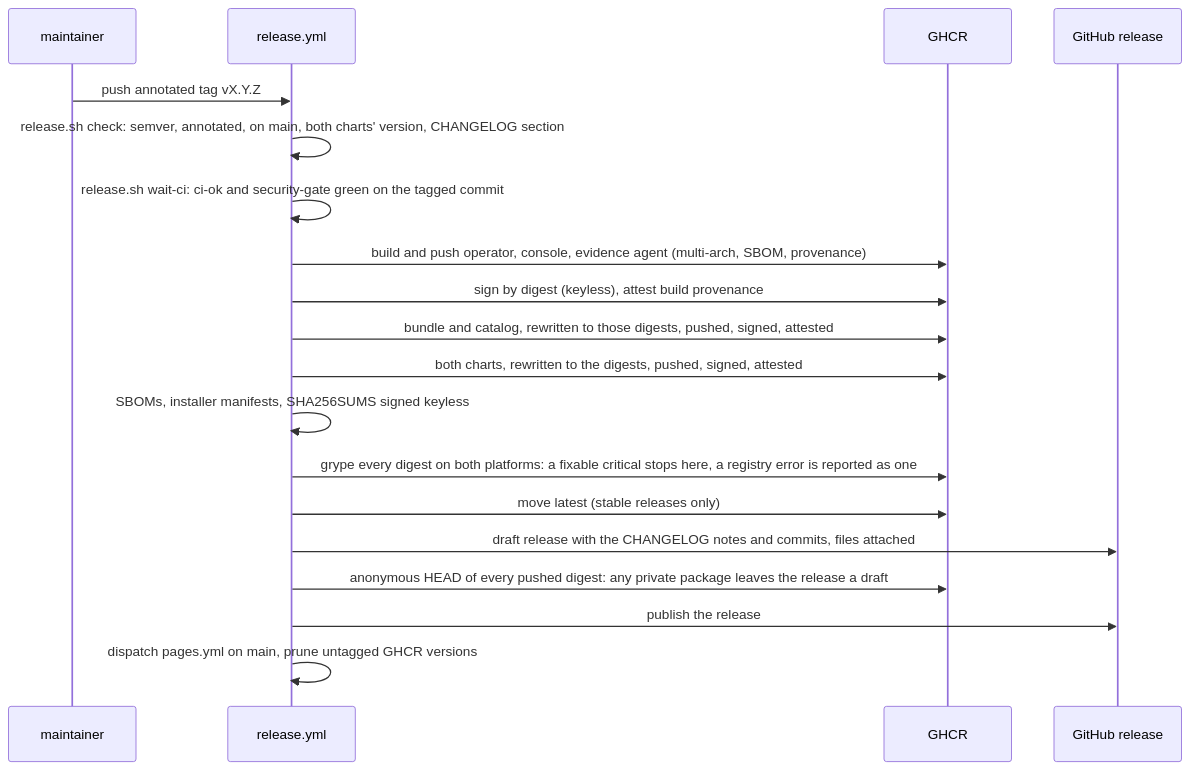
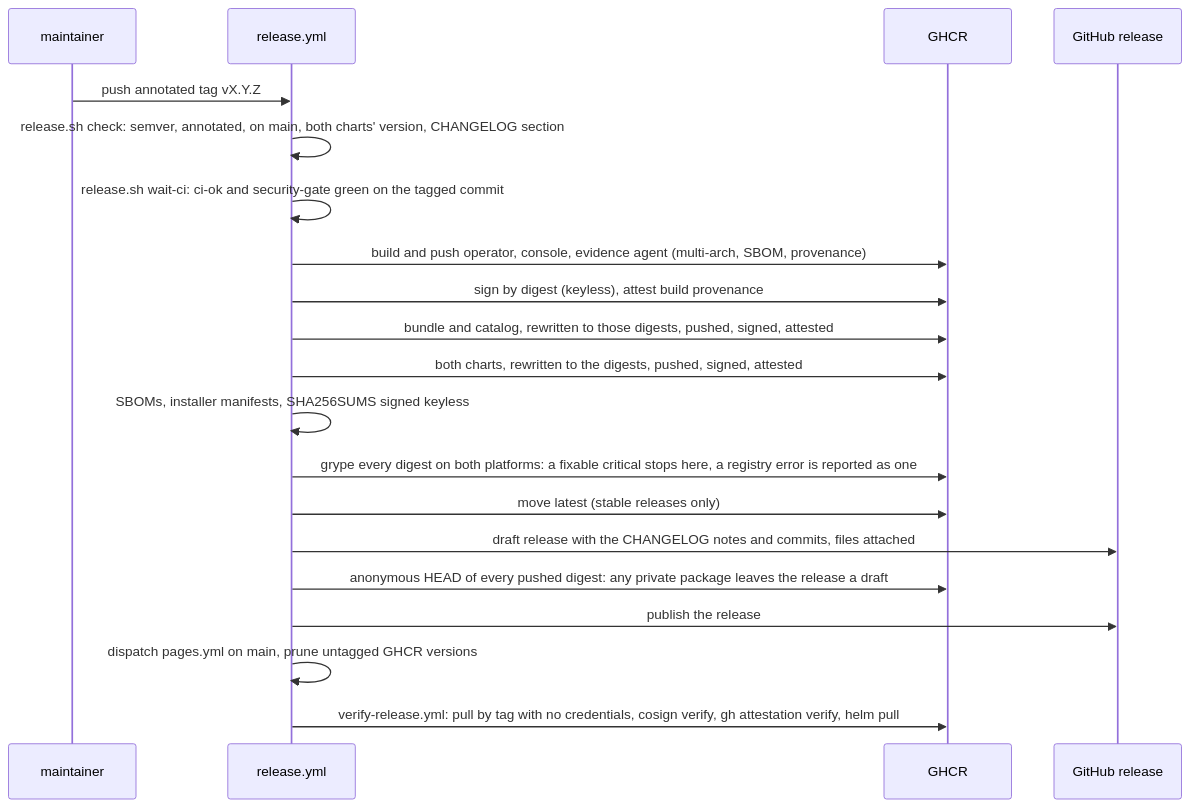
One commit to fyannk/pgToolBox changed the second of 2 diagrams in docs/site/docs/development/ci.md. Above: the diagram before and after it, drawn with Mermaid. The commit also changed other lines of this file and 212 other files, not shown here.

First line of the commit message:
fix: 0.1.0 third review fixes (restore check, timelines, proxy trust, policy, release) (#23)

````diff
--- a/docs/site/docs/development/ci.md
+++ b/docs/site/docs/development/ci.md
@@ -194,21 +195,22 @@
 ```mermaid
 sequenceDiagram
   participant M as maintainer
   participant R as release.yml
   participant G as GHCR
   participant H as GitHub release
   M->>R: push annotated tag vX.Y.Z
   R->>R: release.sh check: semver, annotated, on main, both charts' version, CHANGELOG section
   R->>R: release.sh wait-ci: ci-ok and security-gate green on the tagged commit
   R->>G: build and push operator, console, evidence agent (multi-arch, SBOM, provenance)
   R->>G: sign by digest (keyless), attest build provenance
   R->>G: bundle and catalog, rewritten to those digests, pushed, signed, attested
   R->>G: both charts, rewritten to the digests, pushed, signed, attested
   R->>R: SBOMs, installer manifests, SHA256SUMS signed keyless
   R->>G: grype every digest on both platforms: a fixable critical stops here, a registry error is reported as one
   R->>G: move latest (stable releases only)
   R->>H: draft release with the CHANGELOG notes and commits, files attached
   R->>G: anonymous HEAD of every pushed digest: any private package leaves the release a draft
   R->>H: publish the release
   R->>R: dispatch pages.yml on main, prune untagged GHCR versions
+  R->>G: verify-release.yml: pull by tag with no credentials, cosign verify, gh attestation verify, helm pull
 ```
````
